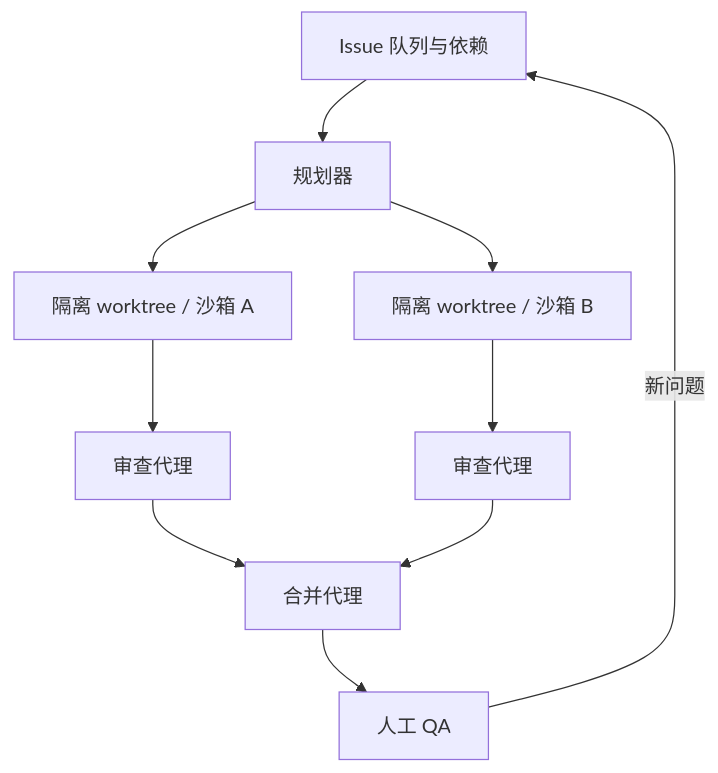
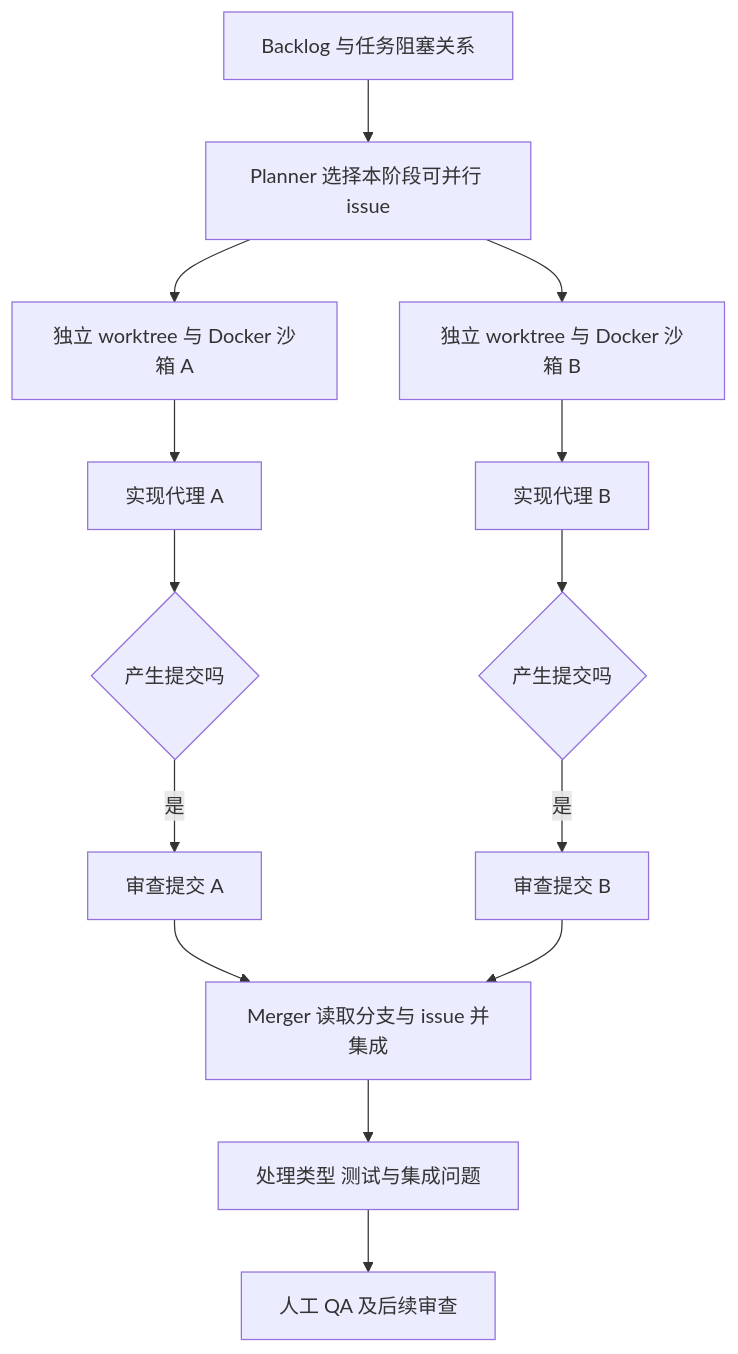
The ninth of 10 diagrams in Full Walkthrough Workflow for AI Coding — Matt Pocock/book.md (JoeyRedfield/videobook), drawn with Mermaid before and after one commit. The commit also changed other lines of this file and 21 other files, not shown here.

````diff
--- a/Full Walkthrough Workflow for AI Coding — Matt Pocock/book.md
+++ b/Full Walkthrough Workflow for AI Coding — Matt Pocock/book.md
@@ -179,12 +931,16 @@
 ```mermaid
 flowchart TD
-    I[Issue 队列与依赖] --> P[规划器]
-    P --> W1[隔离 worktree / 沙箱 A]
-    P --> W2[隔离 worktree / 沙箱 B]
-    W1 --> R1[审查代理]
-    W2 --> R2[审查代理]
-    R1 --> M[合并代理]
+    B[Backlog 与任务阻塞关系] --> P[Planner 选择本阶段可并行 issue]
+    P --> W1[独立 worktree 与 Docker 沙箱 A]
+    P --> W2[独立 worktree 与 Docker 沙箱 B]
+    W1 --> I1[实现代理 A]
+    W2 --> I2[实现代理 B]
+    I1 --> C1{产生提交吗}
+    I2 --> C2{产生提交吗}
+    C1 -->|是| R1[审查提交 A]
+    C2 -->|是| R2[审查提交 B]
+    R1 --> M[Merger 读取分支与 issue 并集成]
     R2 --> M
-    M --> Q[人工 QA]
-    Q -->|新问题| I
+    M --> T[处理类型 测试与集成问题]
+    T --> Q[人工 QA 及后续审查]
 ```
````
